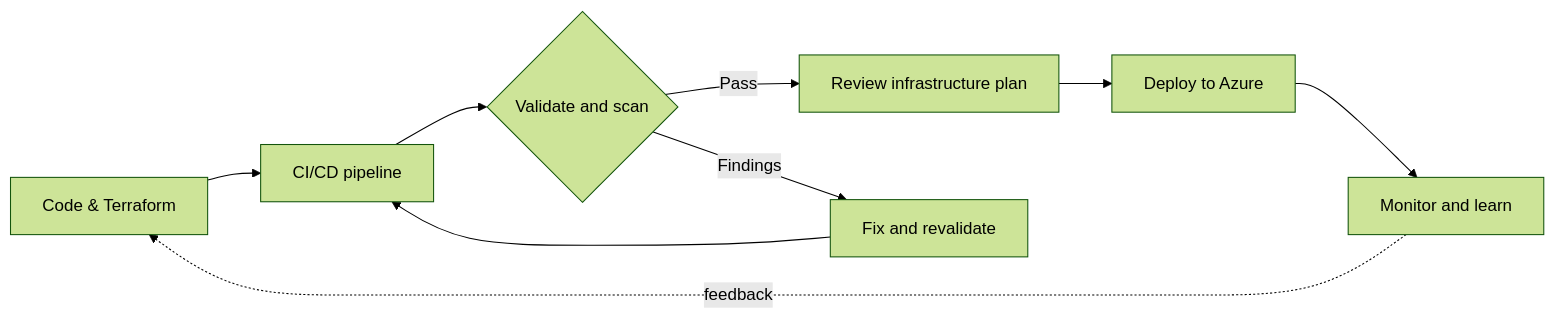
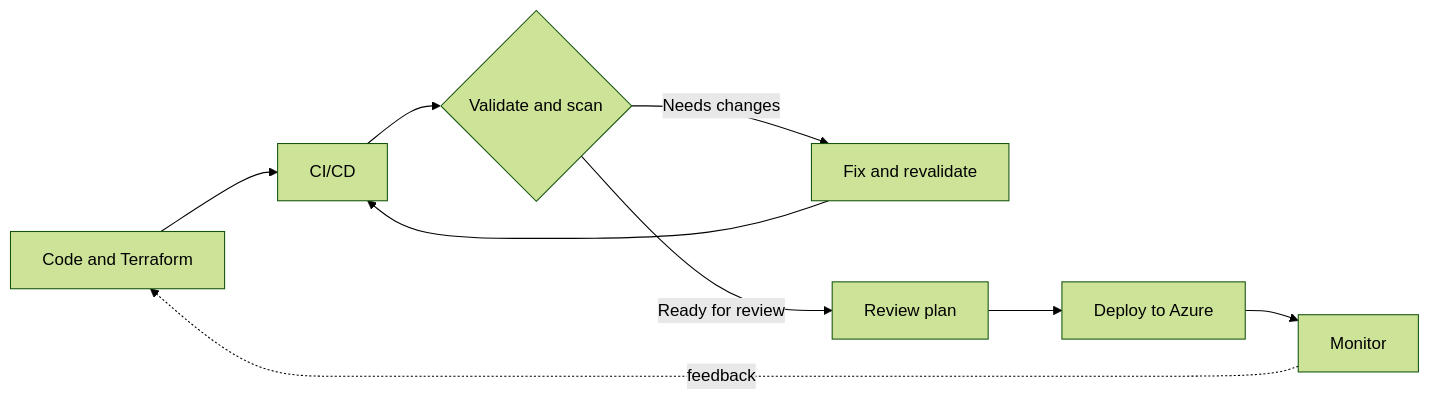
One commit to Vijay141189/Vijay141189 changed the diagram in README.md. Above: the diagram before and after it, drawn with Mermaid (forest theme). The commit also changed other lines of this file, not shown here.

````diff
--- a/README.md
+++ b/README.md
@@ -50,11 +48,11 @@
 ```mermaid
 flowchart LR
-    A[Code & Terraform] --> B[CI/CD pipeline]
+    A[Code and Terraform] --> B[CI/CD]
     B --> C{Validate and scan}
-    C -->|Pass| D[Review infrastructure plan]
-    C -->|Findings| E[Fix and revalidate]
-    E --> B
-    D --> F[Deploy to Azure]
-    F --> G[Monitor and learn]
+    C -->|Needs changes| D[Fix and revalidate]
+    D --> B
+    C -->|Ready for review| E[Review plan]
+    E --> F[Deploy to Azure]
+    F --> G[Monitor]
     G -. feedback .-> A
 ```
````
